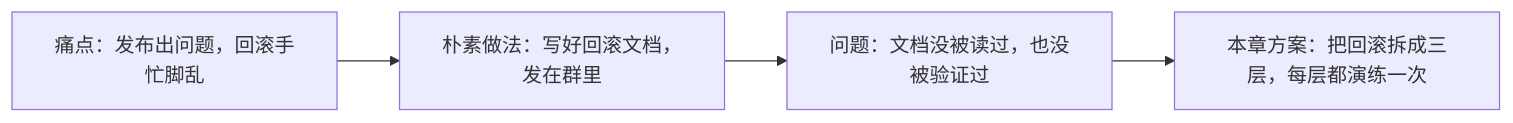
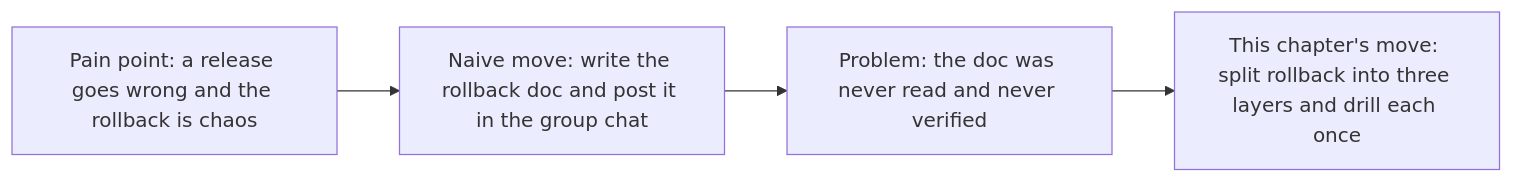
Before and after one commit to xzlxiao/vibe-coding-textbook: the first of 2 diagrams in phase5/chapters/ch04-release-rollback.md, drawn with Mermaid. The commit also changed other lines of this file and 10 other files, not shown here.

````diff
--- a/phase5/chapters/ch04-release-rollback.md
+++ b/phase5/chapters/ch04-release-rollback.md
@@ -43,6 +43,6 @@
 ```mermaid
 flowchart LR
-    P["痛点：发布出问题，回滚手忙脚乱"] --> N["朴素做法：写好回滚文档，发在群里"]
-    N --> F["问题：文档没被读过，也没被验证过"]
-    F --> S["本章方案：把回滚拆成三层，每层都演练一次"]
+    P["Pain point: a release goes wrong and the rollback is chaos"] --> N["Naive move: write the rollback doc and post it in the group chat"]
+    N --> F["Problem: the doc was never read and never verified"]
+    F --> S["This chapter's move: split rollback into three layers and drill each once"]
 ```
````
